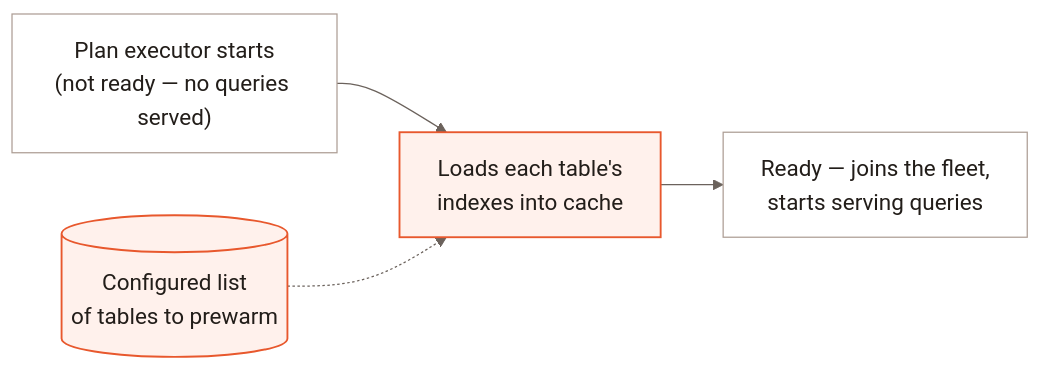
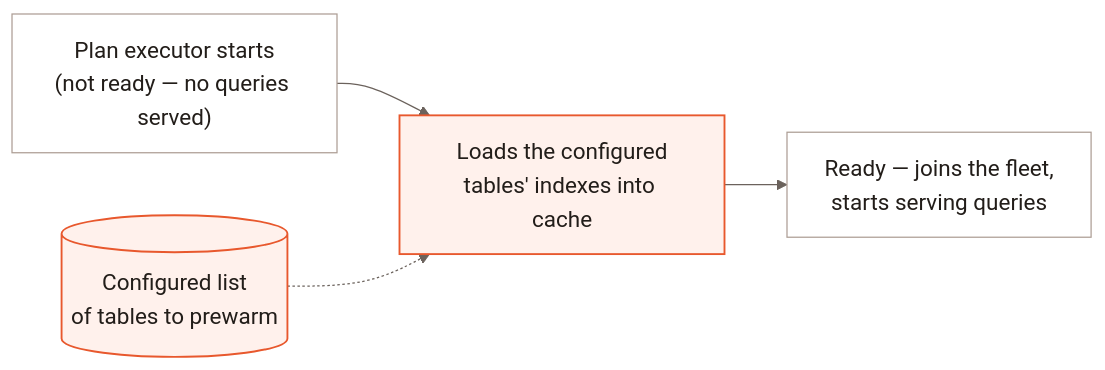
The second of 2 diagrams in docs/web/enterprise/cache-prewarm.mdx (lancedb/lancedb), drawn with Mermaid before and after one commit. The commit also changed other lines of this file and 3 other files, not shown here.

````diff
--- a/docs/web/enterprise/cache-prewarm.mdx
+++ b/docs/web/enterprise/cache-prewarm.mdx
@@ -45,15 +45,15 @@
 ```mermaid
 %%{init: {"theme": "base", "themeVariables": {
   "background": "#ffffff", "primaryColor": "#ffffff", "primaryTextColor": "#221d19",
   "primaryBorderColor": "#ad9e95", "lineColor": "#6b625c", "textColor": "#221d19",
   "edgeLabelBackground": "#ffffff", "fontFamily": "Inter, sans-serif", "fontSize": "18px"
 }}}%%
 flowchart LR
     List[("Configured list<br/>of tables to prewarm")]
-    Start["Plan executor starts<br/>(not ready — no queries served)"] --> Warm["Loads each table's<br/>indexes into cache"]
+    Start["Plan executor starts<br/>(not ready — no queries served)"] --> Warm["Loads the configured<br/>tables' indexes into cache"]
     List -.-> Warm
     Warm --> Ready["Ready — joins the fleet,<br/>starts serving queries"]
     classDef default fill:#ffffff,stroke:#ad9e95,stroke-width:1px,color:#221d19
     classDef accent fill:#fff1ec,stroke:#e8582d,stroke-width:1.5px,color:#221d19
     class Warm,List accent
 ```
````
